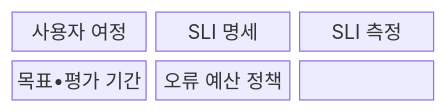
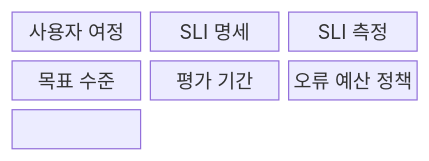
One commit to agnusdei1207/knowledge-base changed the first of 2 diagrams in src/content/docs/notes/08-latest-tech/173_slo.md. Above: the diagram before and after it, drawn with Mermaid. The commit also changed other lines of this file and 20 other files, not shown here.

````diff
--- a/src/content/docs/notes/08-latest-tech/173_slo.md
+++ b/src/content/docs/notes/08-latest-tech/173_slo.md
@@ -69,11 +71,12 @@
 ```mermaid
 block-beta
   columns 3
   N0["사용자 여정"]
   N1["SLI 명세"]
   N2["SLI 측정"]
-  N3["목표•평가 기간"]
+  N3["목표 수준"]
+  N5["평가 기간"]
   N4["오류 예산 정책"]
   N0 --- N1 --- N2
-  N2 --- N3 --- N4
+  N2 --- N3 --- N5 --- N4
 ```
````
